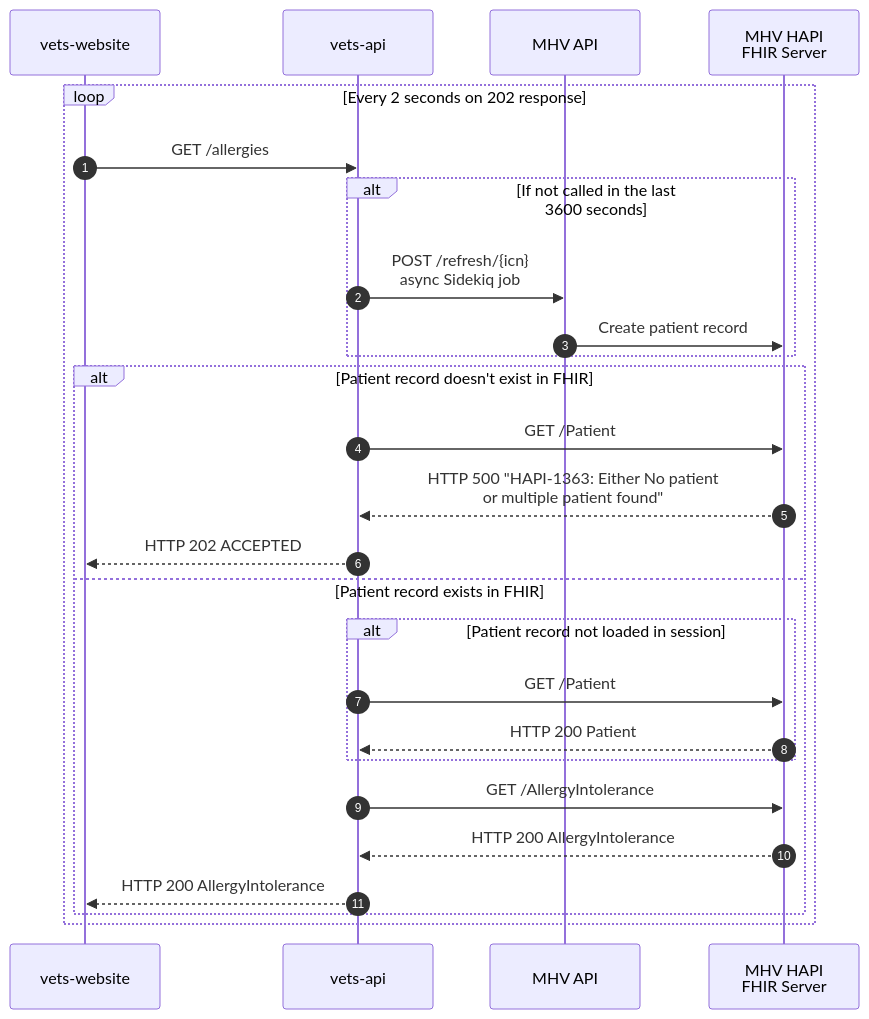
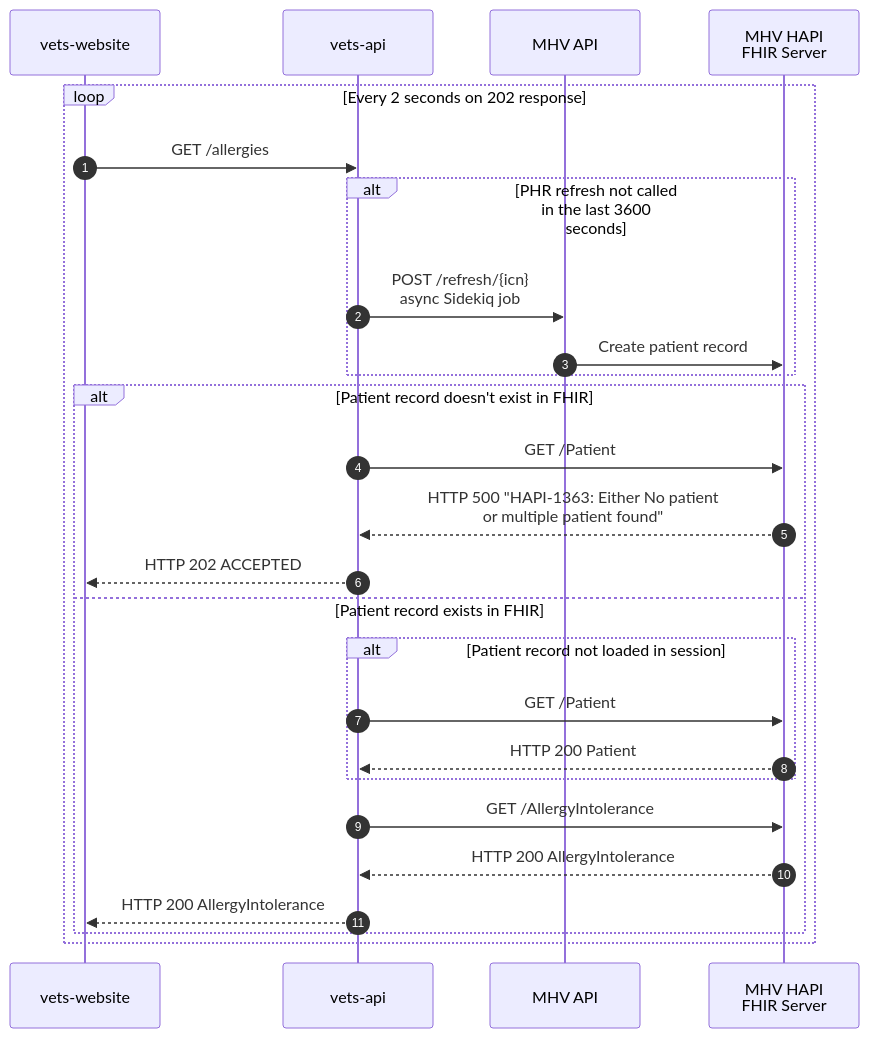
One commit to department-of-veterans-affairs/va.gov-team changed the first of 3 diagrams in products/health-care/digital-health-modernization/mhv-to-va.gov/medical-records/process/phr-refresh.md. Above: the diagram before and after it, drawn with Mermaid. The commit also changed other lines of this file, not shown here.

````diff
--- a/products/health-care/digital-health-modernization/mhv-to-va.gov/medical-records/process/phr-refresh.md
+++ b/products/health-care/digital-health-modernization/mhv-to-va.gov/medical-records/process/phr-refresh.md
@@ -44,28 +44,28 @@
 ```mermaid
 sequenceDiagram
 	autonumber
 	participant VW as vets-website
 	participant VA as vets-api
 	participant MHVAPI as MHV API
 	participant FHIR as MHV HAPI<br />FHIR Server
 	loop Every 2 seconds on 202 response
 		VW->>VA: GET /allergies
-		alt If not called in the last 3600 seconds
+		alt PHR refresh not called in the last 3600 seconds
 			VA->>MHVAPI: POST /refresh/{icn}<br/>async Sidekiq job
 			MHVAPI->>FHIR: Create patient record
 		end
 		alt Patient record doesn't exist in FHIR
 			VA->>FHIR: GET /Patient
 			FHIR-->>VA: HTTP 500 "HAPI-1363: Either No patient<br />or multiple patient found"
 			VA-->>VW: HTTP 202 ACCEPTED
 		else Patient record exists in FHIR
 			alt Patient record not loaded in session
 				VA->>FHIR: GET /Patient
 				FHIR-->>VA: HTTP 200 Patient
 			end
 			VA->>FHIR: GET /AllergyIntolerance
 			FHIR-->>VA: HTTP 200 AllergyIntolerance
 			VA-->>VW: HTTP 200 AllergyIntolerance
 		end
 	end
 ```
````
